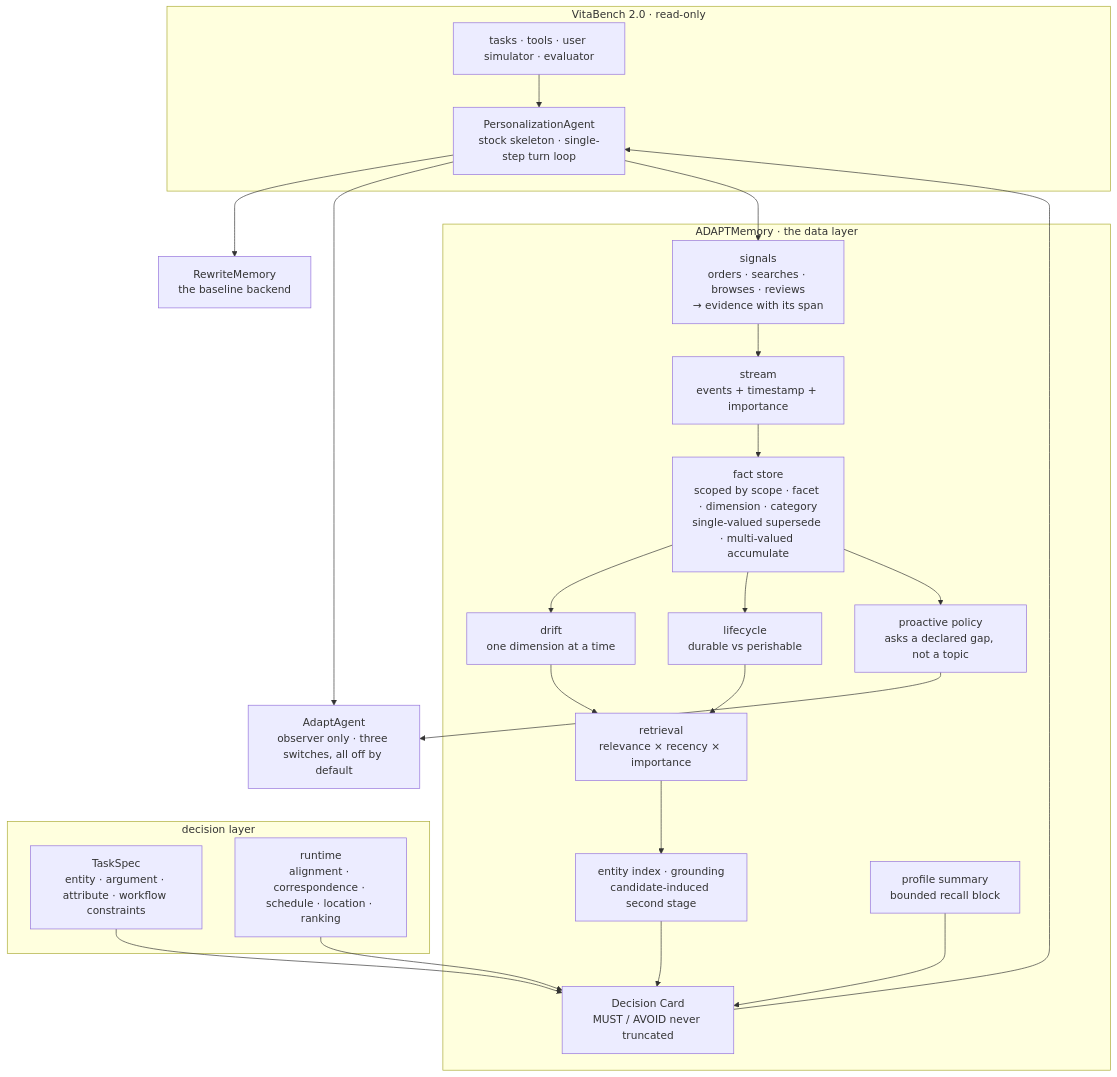
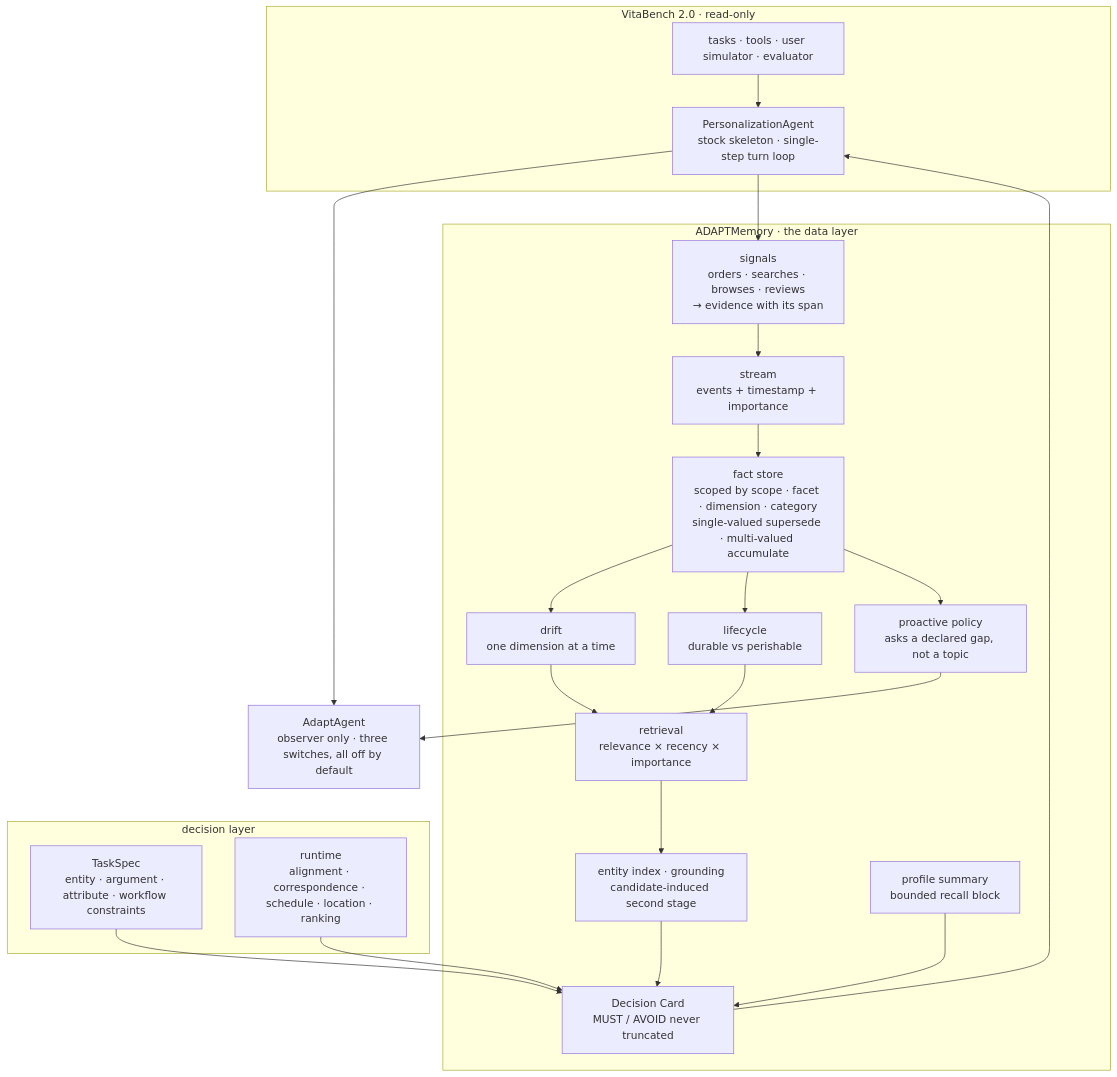
Before and after one commit to lixiao69sysu/ADAPT: the diagram in README.md, drawn with Mermaid.

Commit message:
docs(readme): take rewrite out of the architecture diagram
rewrite is the backend the baseline runs on, not part of ADAPT's main line, so it
does not belong in a diagram of our architecture. The node and its edge are gone;
the graph now shows the benchmark skeleton feeding ADAPT's data layer and agent,
and nothing else.

Structural lint unchanged and passing: 3 subgraphs balanced by 3 ends, 18 node
definitions with no duplicate id, 17 edges whose endpoints are all defined, no
orphans except the subgraph containers. The word rewrite no longer appears
anywhere inside the mermaid block.

It still appears in the Results section, where the protocol line and the "why
rewrite" note explain the comparison, and once in the ownership table, where it is
attributed to the benchmark rather than to us.

````diff
--- a/README.md
+++ b/README.md
@@ -198,46 +198,44 @@
 ```mermaid
 flowchart TB
     subgraph VB["VitaBench 2.0 · read-only"]
         T["tasks · tools · user simulator · evaluator"]
         S["PersonalizationAgent<br/>stock skeleton · single-step turn loop"]
     end
 
     subgraph MEM["ADAPTMemory · the data layer"]
         SG["signals<br/>orders · searches · browses · reviews<br/>→ evidence with its span"]
         ST["stream<br/>events + timestamp + importance"]
         FC["fact store<br/>scoped by scope · facet · dimension · category<br/>single-valued supersede · multi-valued accumulate"]
         DL["drift<br/>one dimension at a time"]
         LC["lifecycle<br/>durable vs perishable"]
         RT["retrieval<br/>relevance × recency × importance"]
         GD["entity index · grounding<br/>candidate-induced second stage"]
         PQ["proactive policy<br/>asks a declared gap, not a topic"]
         CARD["Decision Card<br/>MUST / AVOID never truncated"]
         SUM["profile summary<br/>bounded recall block"]
 
         SG --> ST --> FC
         FC --> DL
         FC --> LC
         DL --> RT
         LC --> RT
         RT --> GD --> CARD
         SUM --> CARD
         FC --> PQ
     end
 
     subgraph DEC["decision layer"]
         TS["TaskSpec<br/>entity · argument · attribute · workflow constraints"]
         RN["runtime<br/>alignment · correspondence · schedule · location · ranking"]
     end
 
     A["AdaptAgent<br/>observer only · three switches, all off by default"]
-    R["RewriteMemory<br/>the baseline backend"]
 
     T --> S
-    S --> R
     S --> A
     S --> SG
     TS --> CARD
     RN --> CARD
     CARD --> S
     PQ --> A
 ```
````
